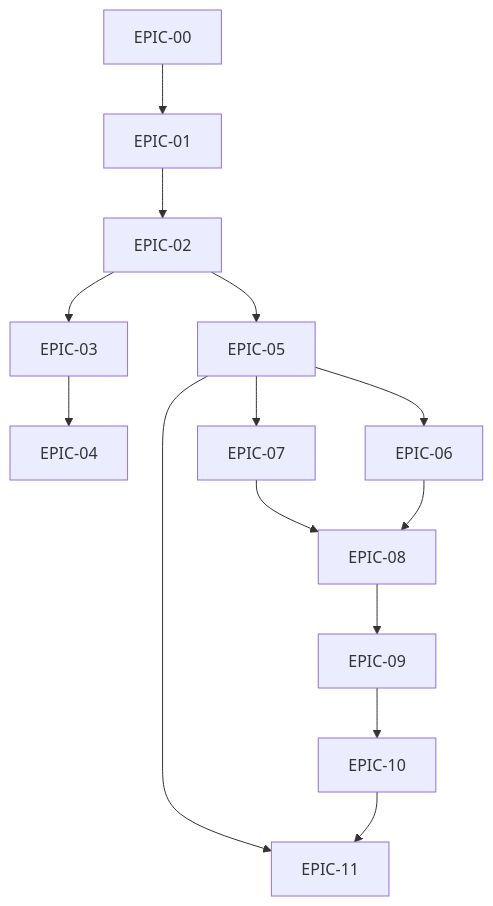
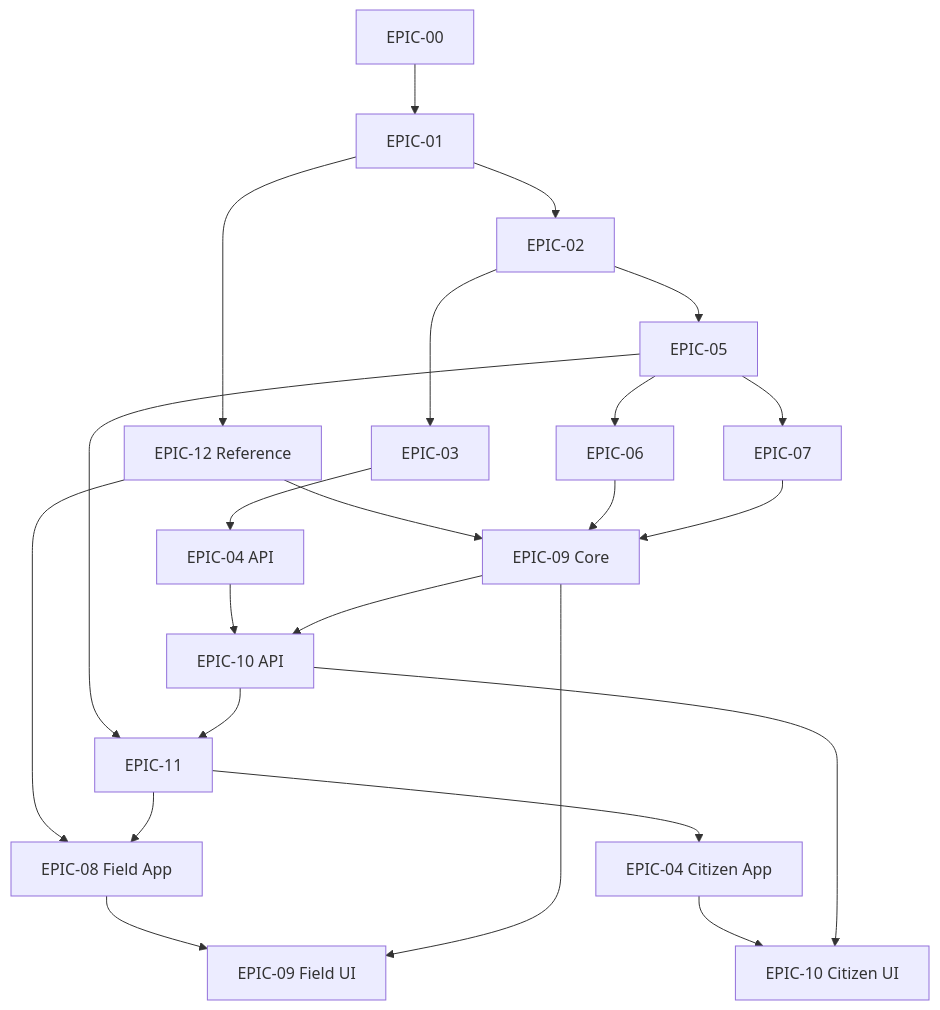
Diagram 17 of 17 in docs/padrão_ledi_e-sus_4f004208.plan.md (tiagocassio/cidadaobr), drawn with Mermaid before and after one commit. The commit also changed other lines of this file and 50 other files, not shown here.

First line of the commit message:
feat(phase5): Add route provisioning, reference API, and walk-in booking

````diff
--- a/docs/padrão_ledi_e-sus_4f004208.plan.md
+++ b/docs/padrão_ledi_e-sus_4f004208.plan.md
@@ -2395,27 +2591,40 @@
 ```mermaid
 flowchart TB
   E0[EPIC-00]
   E1[EPIC-01]
+  E12[EPIC-12 Reference]
   E2[EPIC-02]
   E3[EPIC-03]
-  E4[EPIC-04]
+  E4api[EPIC-04 API]
   E5[EPIC-05]
   E6[EPIC-06]
   E7[EPIC-07]
-  E8[EPIC-08]
-  E9[EPIC-09]
-  E10[EPIC-10]
+  E9[EPIC-09 Core]
+  E10api[EPIC-10 API]
   E11[EPIC-11]
-  E0 --> E1 --> E2
+  E8[EPIC-08 Field App]
+  E4app[EPIC-04 Citizen App]
+  E10ui[EPIC-10 Citizen UI]
+  E9field[EPIC-09 Field UI]
+  E0 --> E1 --> E12
+  E1 --> E2
+  E12 --> E9
+  E12 --> E8
   E2 --> E3
   E2 --> E5
-  E3 --> E4
+  E3 --> E4api
   E5 --> E6
   E5 --> E7
-  E7 --> E8
-  E6 --> E8
-  E8 --> E9
-  E9 --> E10
+  E6 --> E9
+  E7 --> E9
+  E4api --> E10api
+  E9 --> E10api
   E5 --> E11
-  E10 --> E11
+  E10api --> E11
+  E11 --> E8
+  E11 --> E4app
+  E8 --> E9field
+  E4app --> E10ui
+  E9 --> E9field
+  E10api --> E10ui
 ```
````
